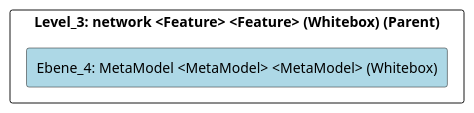
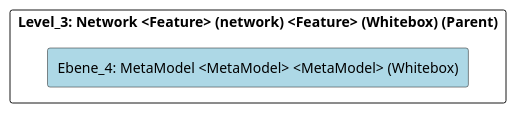
The diagram in doc/cleonproject_deliverables_architecture_model_architecture/adoc/de/05_bausteinsicht/cleon/modeling_languages/network/metamodel/ebene_4_metamodel.adoc (marcozwyssig/cleon), drawn with PlantUML before and after one commit. The commit also changed other lines of this file and 166 other files, not shown here.

```diff
--- a/doc/cleonproject_deliverables_architecture_model_architecture/adoc/de/05_bausteinsicht/cleon/modeling_languages/network/metamodel/ebene_4_metamodel.adoc
+++ b/doc/cleonproject_deliverables_architecture_model_architecture/adoc/de/05_bausteinsicht/cleon/modeling_languages/network/metamodel/ebene_4_metamodel.adoc
@@ -20,24 +20,24 @@
 [plantuml, Ebene_4: MetaModel <MetaModel> <MetaModel> (Whitebox)BlockOverview, format="svg"]
 ----
 @startuml Ebene_4: MetaModel <MetaModel> <MetaModel> (Whitebox)BuildingBlockOverview
 
 skinparam ranksep 10
 skinparam componentStyle rectangle
 skinparam shadowing false
 skinparam arrowColor lightblue
 skinparam arrowThickness 1.2
 skinparam rectangle {
   BackgroundColor White
   BorderColor #333
   RoundCorner 10
 }
 top to bottom direction
 
-component "Level_3: network <Feature> <Feature> (Whitebox) (Parent)" {
+component "Level_3: Network <Feature> (network) <Feature> (Whitebox) (Parent)" {
     component "Ebene_4: MetaModel <MetaModel> <MetaModel> (Whitebox)" #lightblue {
     }
 
 }
 
 @enduml
 ----
```
